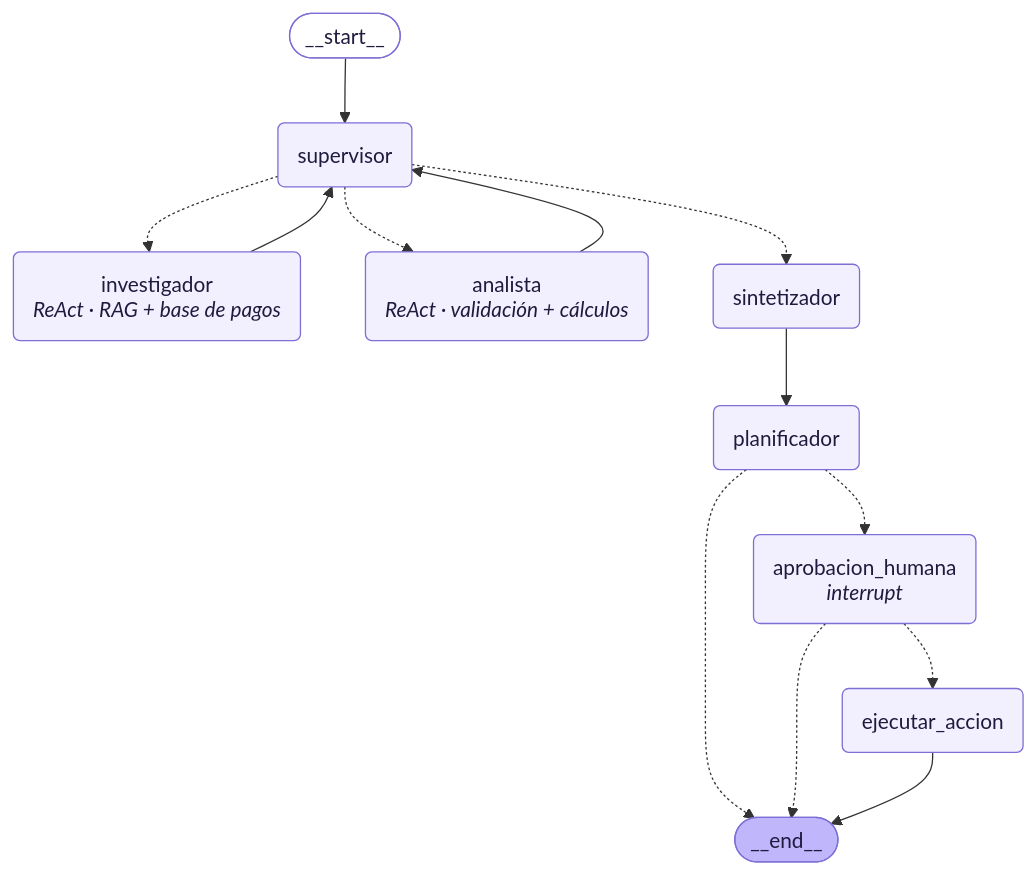
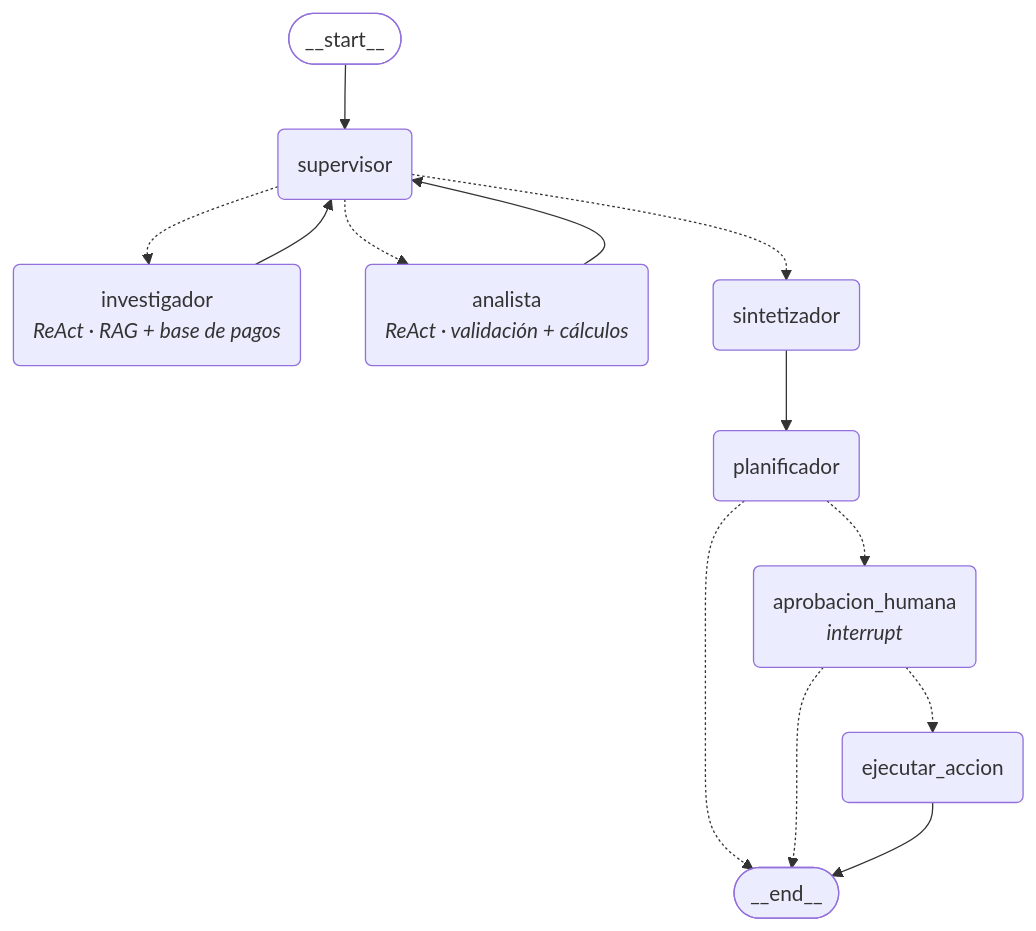
The third of 3 diagrams in README.md (PedroFassanelli/AI-Engineering-Final), drawn with Mermaid before and after one commit.

Commit message:
README: el diagrama del grafo usa el tema de GitHub (legible en claro y oscuro)

````diff
--- a/README.md
+++ b/README.md
@@ -124,27 +124,25 @@
 ```mermaid
 graph TD;
 	__start__([__start__]):::first
 	supervisor(supervisor)
 	investigador(investigador<br/><i>ReAct · RAG + base de pagos</i>)
 	analista(analista<br/><i>ReAct · validación + cálculos</i>)
 	sintetizador(sintetizador)
 	planificador(planificador)
 	aprobacion_humana(aprobacion_humana<br/><i>interrupt</i>)
 	ejecutar_accion(ejecutar_accion)
-	__end__([__end__]):::last
+	__end__([__end__])
 	__start__ --> supervisor;
 	analista --> supervisor;
 	investigador --> supervisor;
 	supervisor -.-> analista;
 	supervisor -.-> investigador;
 	supervisor -.-> sintetizador;
 	sintetizador --> planificador;
 	planificador -.-> __end__;
 	planificador -.-> aprobacion_humana;
 	aprobacion_humana -.-> ejecutar_accion;
 	aprobacion_humana -.-> __end__;
 	ejecutar_accion --> __end__;
-	classDef default fill:#f2f0ff,color:#1f1b3d,stroke:#7c6fd6,line-height:1.2
 	classDef first fill-opacity:0
-	classDef last fill:#bfb6fc,color:#1f1b3d
 ```
````
